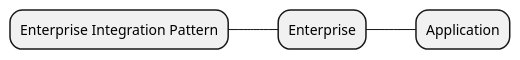
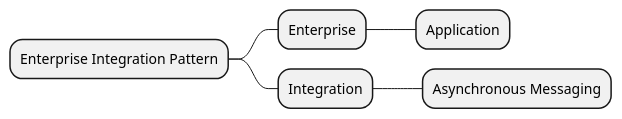
Before and after one commit to yanghoon/obsidian-workspace: the diagram in _diary/2024-07-21.md, drawn with PlantUML.

Commit message:
vault backup: 2024-07-21 19:58:18

````diff
--- a/_diary/2024-07-21.md
+++ b/_diary/2024-07-21.md
@@ -1,8 +1,9 @@
 ```plantuml
 @startmindmap
 * Enterprise Integration Pattern
 ** Enterprise
 *** Application
-
+** Integration
+*** Asynchronous Messaging
 @endmindmap
 ```
````
